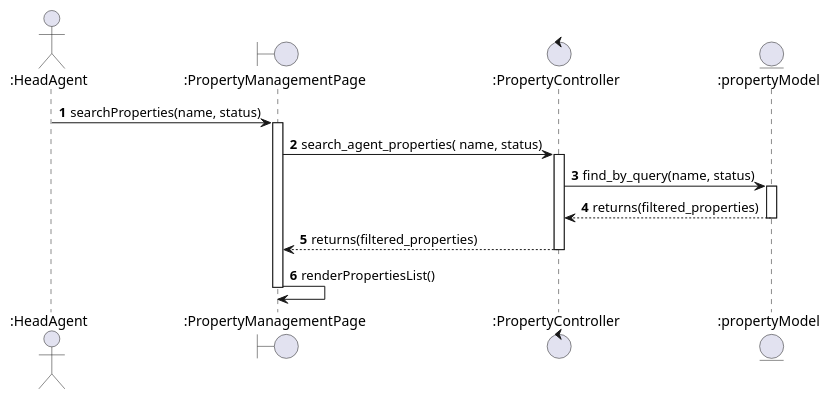
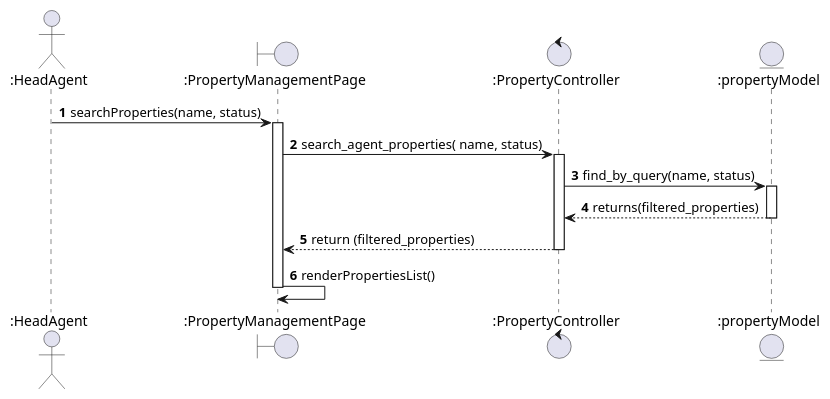
Before and after one commit to israhadjhassine/Graduation-Project-real-estate-automation: the diagram in docs/sequence_diagram_filter_properties.puml, drawn with PlantUML. The commit also changed 100 other files, not shown here.

```diff
--- a/docs/sequence_diagram_filter_properties.puml
+++ b/docs/sequence_diagram_filter_properties.puml
@@ -1,25 +1,25 @@
 @startuml
 autonumber
 
 actor ":HeadAgent" as HeadAgent
 boundary ":PropertyManagementPage" as PropertyManagementPage
 control ":PropertyController" as PropertyController
 entity ":propertyModel" as propertyModel
 
 HeadAgent -> PropertyManagementPage : searchProperties(name, status)
 activate PropertyManagementPage
 
 PropertyManagementPage -> PropertyController : search_agent_properties( name, status)
 activate PropertyController
 
 PropertyController -> propertyModel : find_by_query(name, status)
 activate propertyModel
 propertyModel --> PropertyController :returns(filtered_properties)
 deactivate propertyModel
 
-PropertyController --> PropertyManagementPage : returns(filtered_properties)
+PropertyController --> PropertyManagementPage : return (filtered_properties)
 deactivate PropertyController
 
 PropertyManagementPage -> PropertyManagementPage : renderPropertiesList()
 deactivate PropertyManagementPage
 @enduml
```
